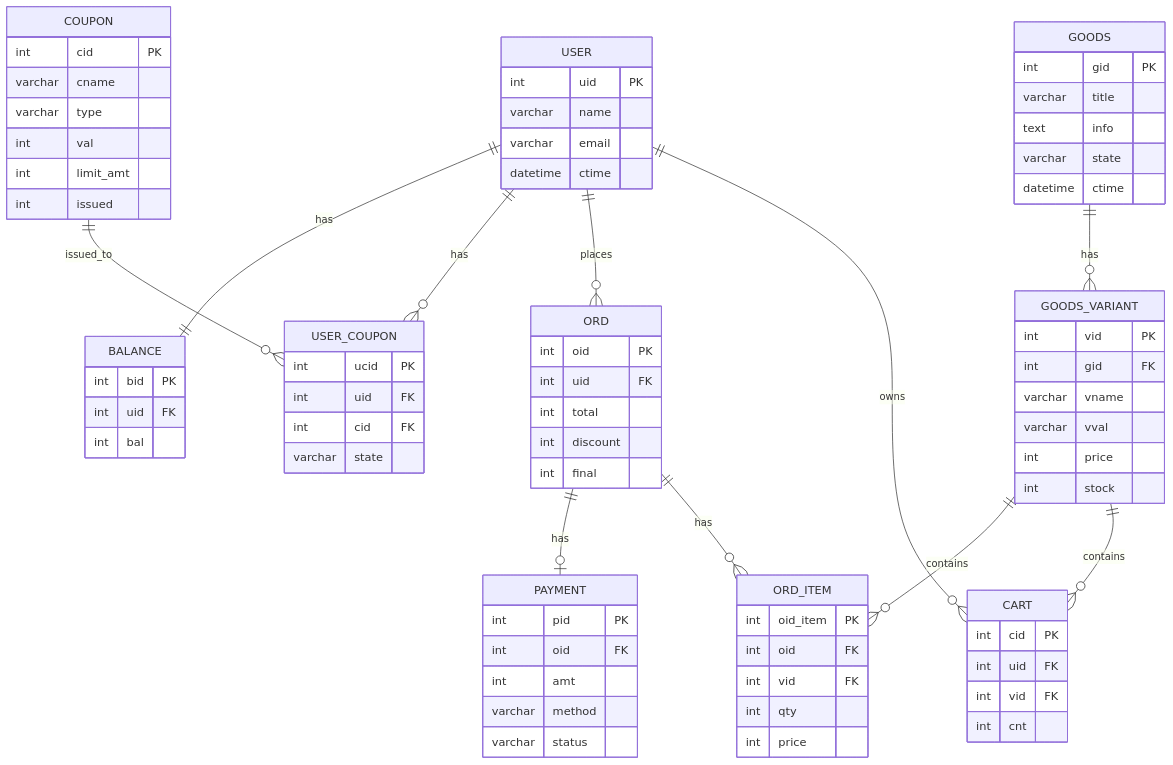
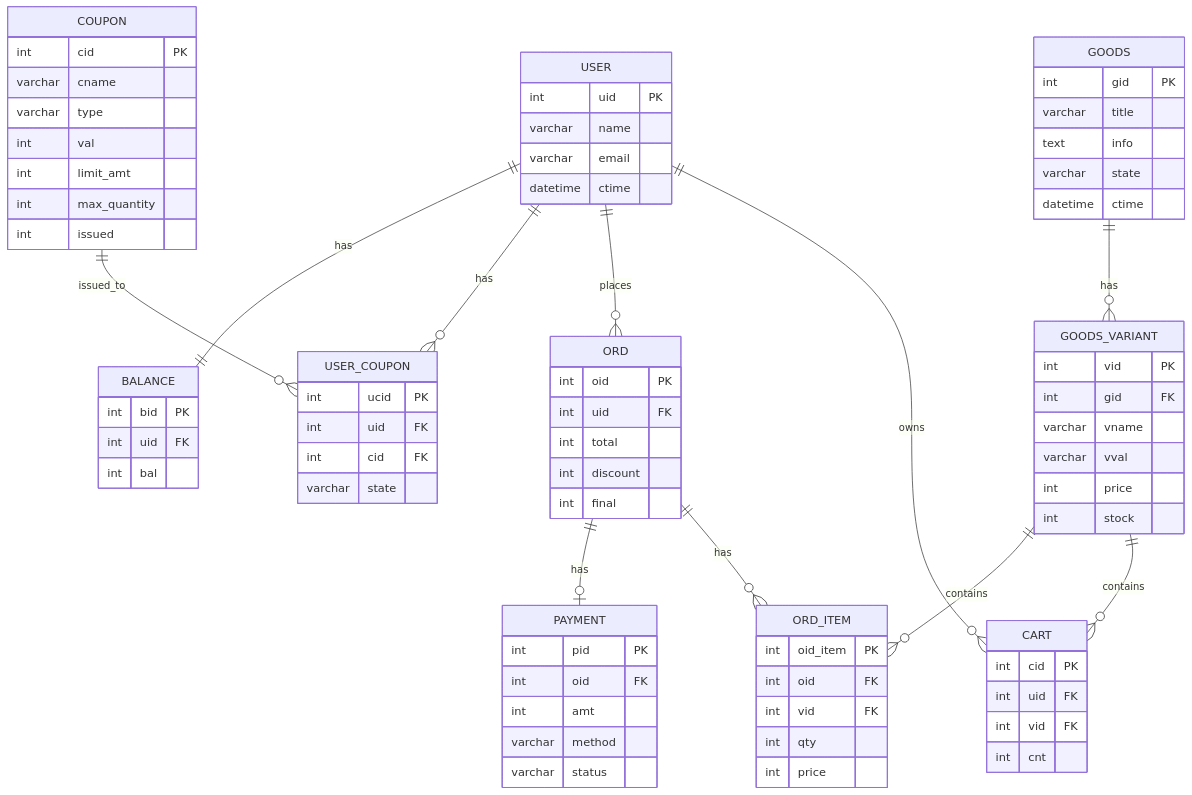
Before and after one commit to hansu88/tdd-erd: the diagram in docs/api/data-models.md, drawn with Mermaid. The commit also changed other lines of this file and 4 other files, not shown here.

```diff
--- a/docs/api/data-models.md
+++ b/docs/api/data-models.md
@@ -202,6 +203,7 @@
         varchar type
         int val
         int limit_amt
+        int max_quantity
         int issued
     }
 
```
